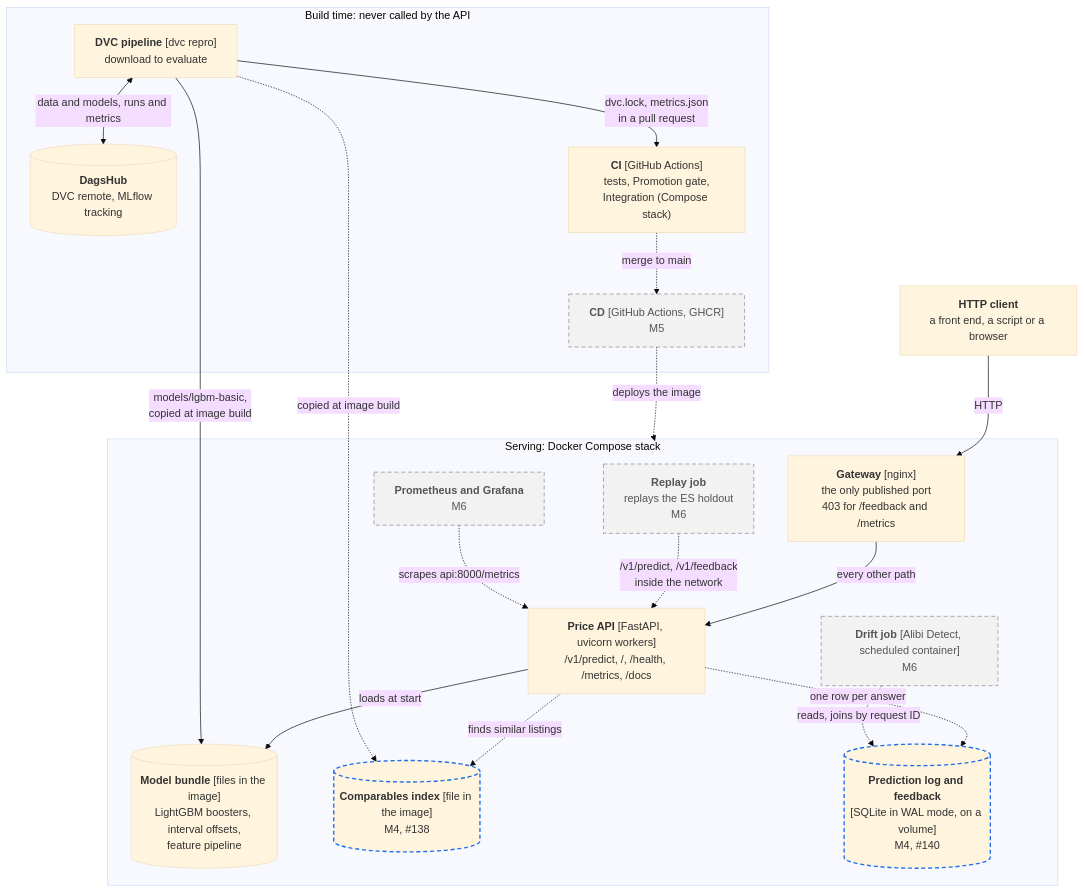
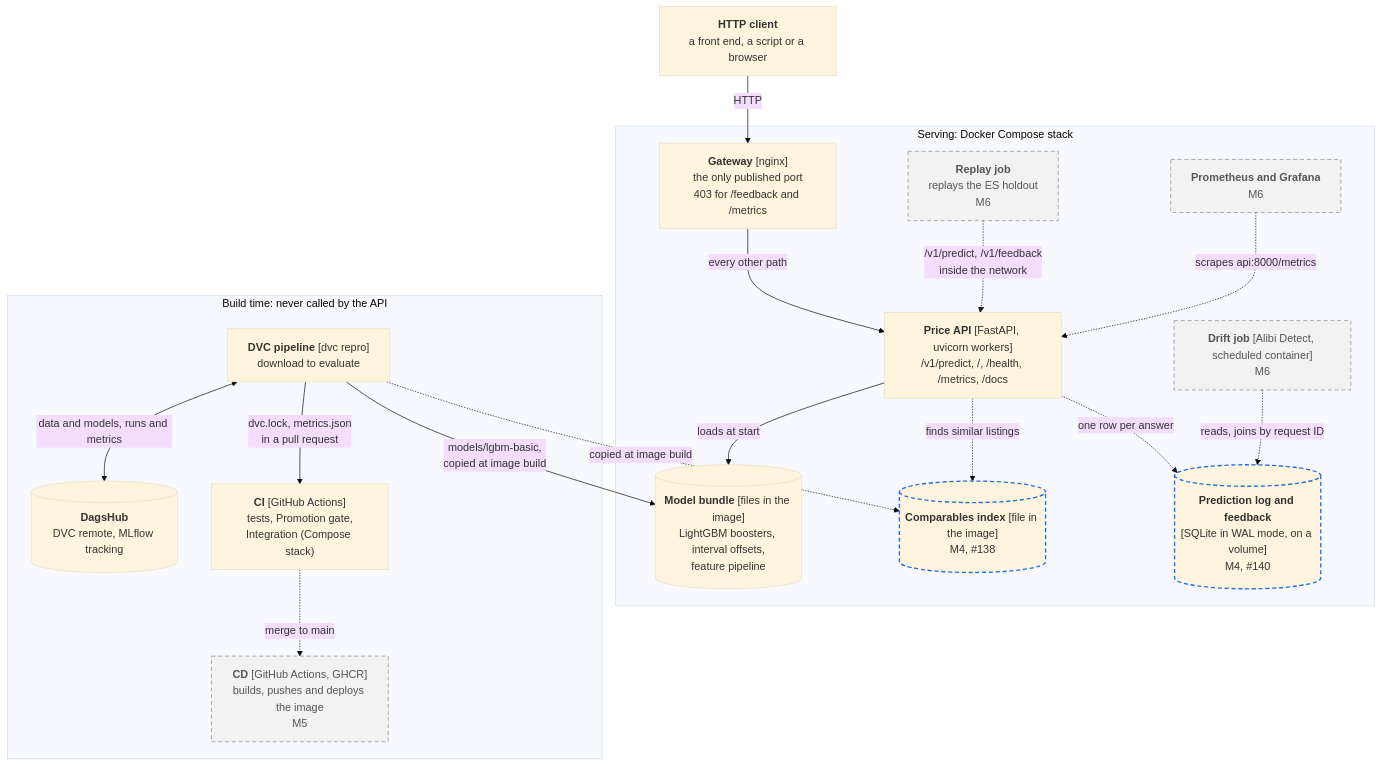
The first of 2 diagrams in docs/docs/architecture.md (mlops-2627q1-mds-upc/MLOPS_Recommenditos), drawn with Mermaid (base theme) before and after one commit. The commit also changed other lines of this file, not shown here.

Commit message:
docs: draw the deployment view top to bottom and correct two diagram edges

````diff
--- a/docs/docs/architecture.md
+++ b/docs/docs/architecture.md
@@ -18,42 +18,41 @@
 ```mermaid
 flowchart TB
     client["<b>HTTP client</b><br/>a front end, a script or a browser"]
 
     subgraph serving["Serving: Docker Compose stack"]
         proxy["<b>Gateway</b> [nginx]<br/>the only published port<br/>403 for /feedback and /metrics"]
         api["<b>Price API</b> [FastAPI, uvicorn workers]<br/>/v1/predict, /, /health, /metrics, /docs"]
         bundle[("<b>Model bundle</b> [files in the image]<br/>LightGBM boosters, interval offsets,<br/>feature pipeline")]
         comparables[("<b>Comparables index</b> [file in the image]<br/>M4, #138")]
         log[("<b>Prediction log and feedback</b><br/>[SQLite in WAL mode, on a volume]<br/>M4, #140")]
         replay["<b>Replay job</b><br/>replays the ES holdout<br/>M6"]
         drift["<b>Drift job</b> [Alibi Detect, scheduled container]<br/>M6"]
         prom["<b>Prometheus and Grafana</b><br/>M6"]
     end
 
     subgraph buildtime["Build time: never called by the API"]
         dvc["<b>DVC pipeline</b> [dvc repro]<br/>download to evaluate"]
         dagshub[("<b>DagsHub</b><br/>DVC remote, MLflow tracking")]
         ci["<b>CI</b> [GitHub Actions]<br/>tests, Promotion gate,<br/>Integration (Compose stack)"]
-        cd["<b>CD</b> [GitHub Actions, GHCR]<br/>M5"]
+        cd["<b>CD</b> [GitHub Actions, GHCR]<br/>builds, pushes and deploys the image<br/>M5"]
     end
 
     client -->|"HTTP"| proxy
     proxy -->|"every other path"| api
     api -->|"loads at start"| bundle
     api -.->|"finds similar listings"| comparables
     api -.->|"one row per answer"| log
     replay -.->|"/v1/predict, /v1/feedback<br/>inside the network"| api
     prom -.->|"scrapes api:8000/metrics"| api
     drift -.->|"reads, joins by request ID"| log
     dvc <-->|"data and models, runs and metrics"| dagshub
     dvc -->|"models/lgbm-basic,<br/>copied at image build"| bundle
     dvc -.->|"copied at image build"| comparables
     dvc -->|"dvc.lock, metrics.json<br/>in a pull request"| ci
     ci -.->|"merge to main"| cd
-    cd -.->|"deploys the image"| serving
 
     classDef m4 stroke:#1f6feb,stroke-width:2px,stroke-dasharray:6 4
     classDef later fill:#f2f2f2,stroke:#888,color:#555,stroke-dasharray:6 4
     class comparables,log m4
     class replay,drift,prom,cd later
 ```
````
